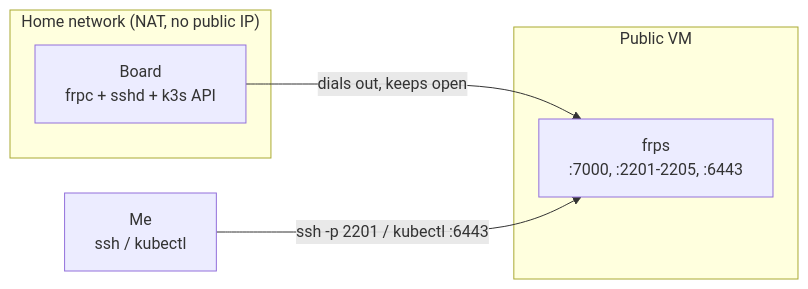
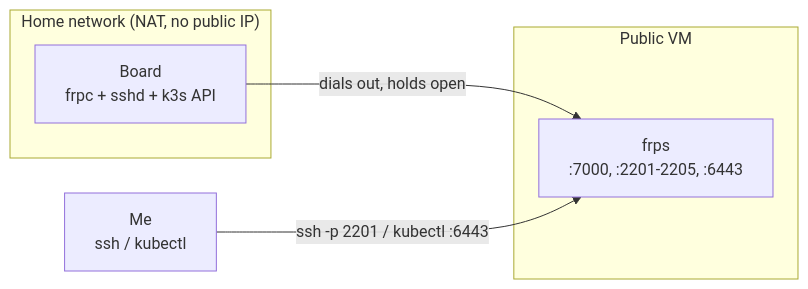
The diagram in docs/guides/home-lab/02-remote-access-with-frp.md (zufardhiyaulhaq/notes), drawn with Mermaid before and after one commit. The commit also changed other lines of this file and 7 other files, not shown here.

````diff
--- a/docs/guides/home-lab/02-remote-access-with-frp.md
+++ b/docs/guides/home-lab/02-remote-access-with-frp.md
@@ -33,12 +33,12 @@
 ```mermaid
 flowchart LR
   subgraph home["Home network (NAT, no public IP)"]
     pi["Board<br/>frpc + sshd + k3s API"]
   end
   subgraph cloud["Public VM"]
     frps["frps<br/>:7000, :2201-2205, :6443"]
   end
   me["Me<br/>ssh / kubectl"]
-  pi -- "dials out, keeps open" --> frps
+  pi -- "dials out, holds open" --> frps
   me -- "ssh -p 2201 / kubectl :6443" --> frps
 ```
````
